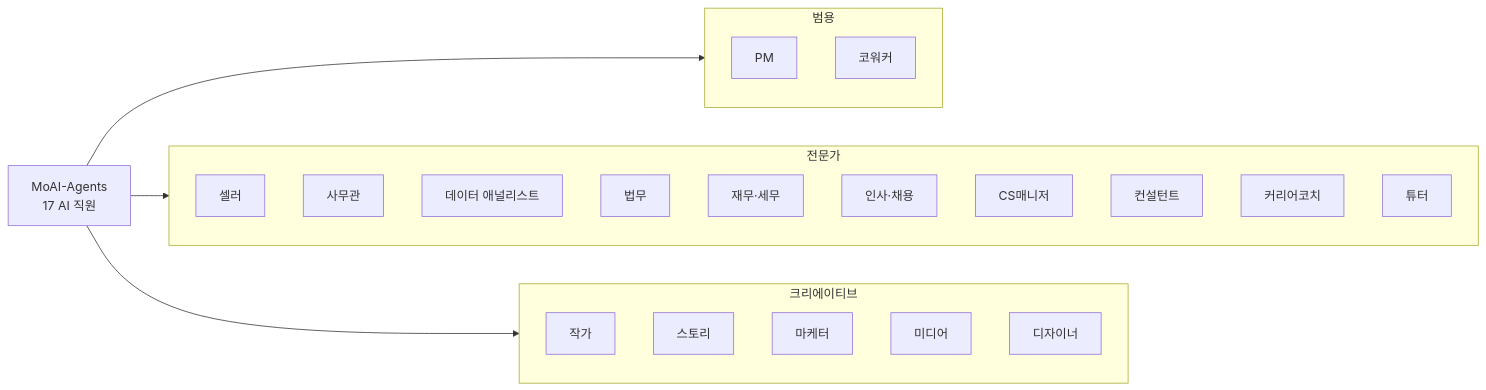
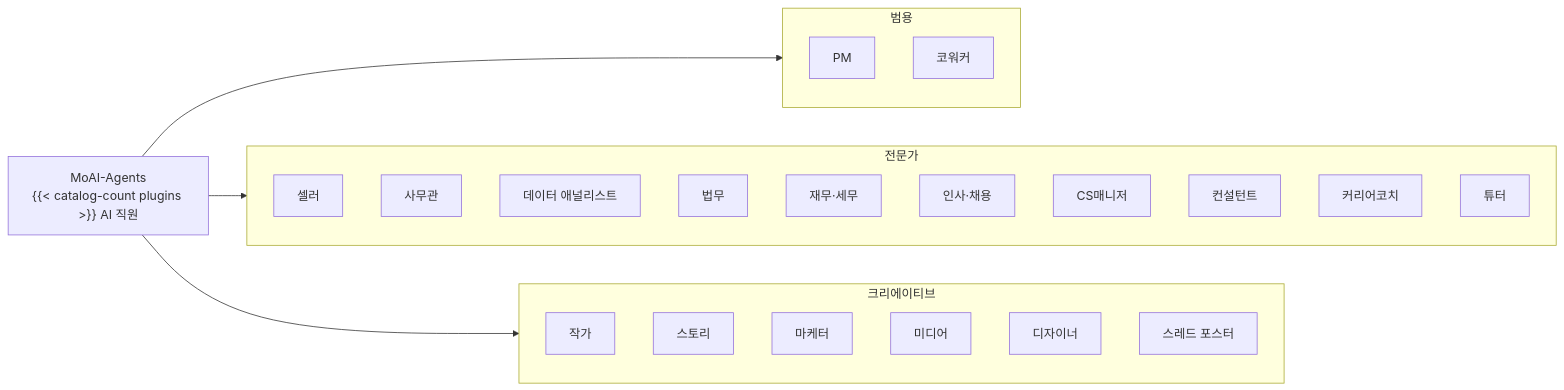
Before and after one commit to modu-ai/cowork-plugins: the diagram in www/content/moai-agents/_index.md, drawn with Mermaid. The commit also changed other lines of this file and 10 other files, not shown here.

````diff
--- a/www/content/moai-agents/_index.md
+++ b/www/content/moai-agents/_index.md
@@ -16,32 +16,33 @@
 ```mermaid
 flowchart LR
-   HUB["MoAI-Agents<br/>17 AI 직원"]
+   HUB["MoAI-Agents<br/>{{< catalog-count plugins >}} AI 직원"]
 
    subgraph G1["범용"]
        PM["PM"]
        CW["코워커"]
    end
    subgraph G2["전문가"]
        SE["셀러"]
        OF["사무관"]
        AN["데이터 애널리스트"]
        LA["법무"]
        AC["재무·세무"]
        RE["인사·채용"]
        CS["CS매니저"]
        CO["컨설턴트"]
        CA["커리어코치"]
        TU["튜터"]
    end
    subgraph G3["크리에이티브"]
        WR["작가"]
        ST["스토리"]
        MK["마케터"]
        MD["미디어"]
        DE["디자이너"]
+       TP["스레드 포스터"]
    end
 
    HUB --> G1
    HUB --> G2
    HUB --> G3
 ```
````
